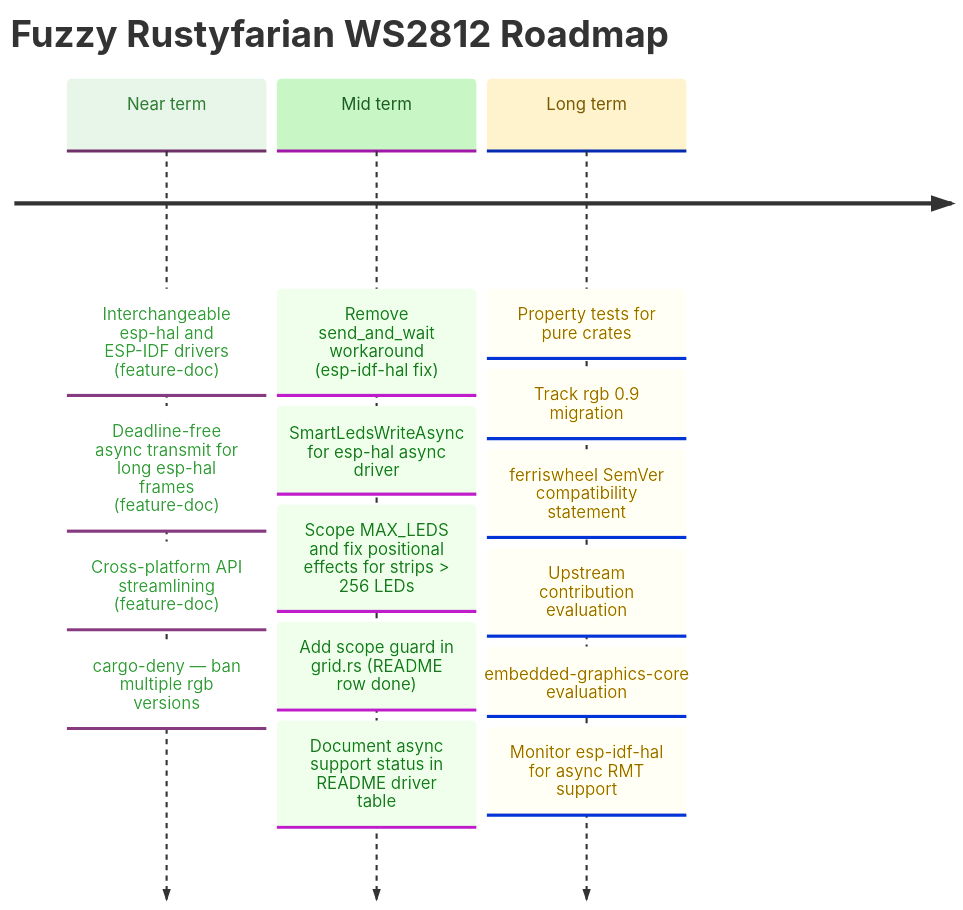
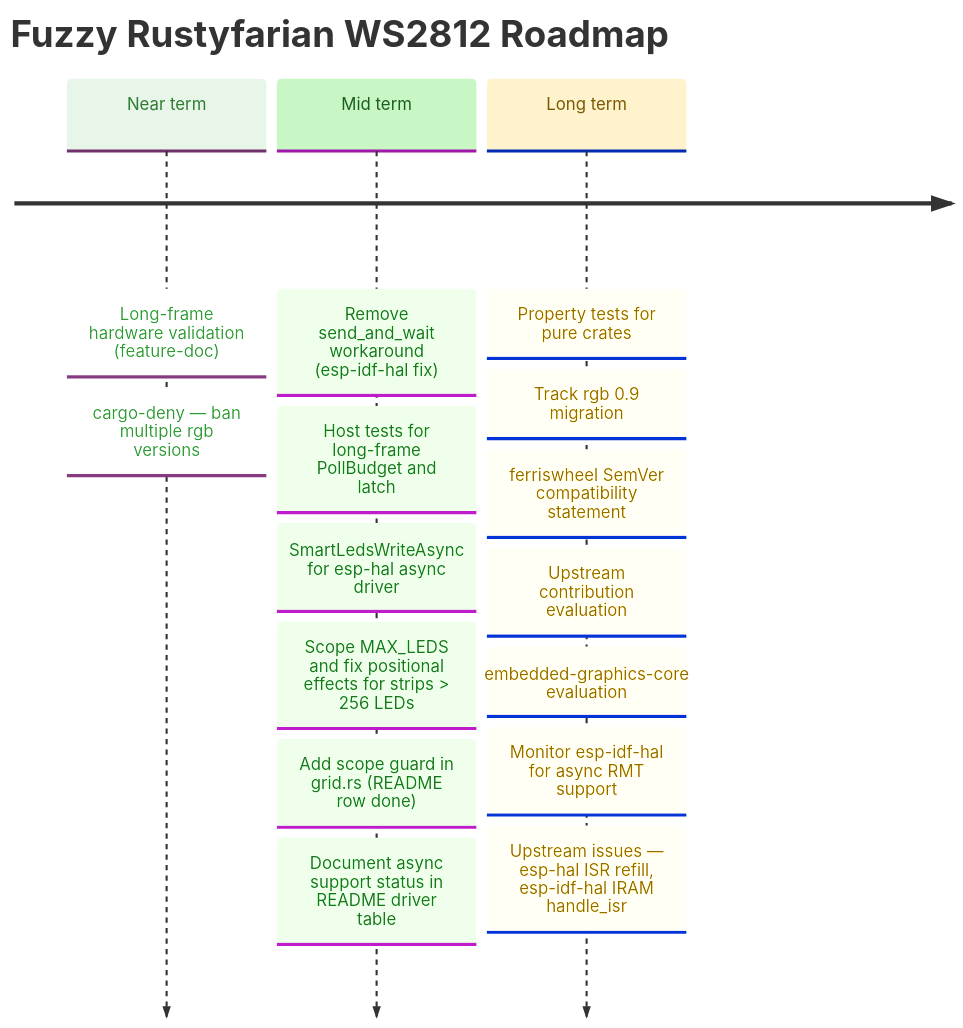
One commit to datenkollektiv/rustyfarian-ws2812 changed the diagram in docs/ROADMAP.md. Above: the diagram before and after it, drawn with Mermaid. The commit also changed other lines of this file and 12 other files, not shown here.

Commit message:
Roadmap Hygiene 20226-11-03

````diff
--- a/docs/ROADMAP.md
+++ b/docs/ROADMAP.md
@@ -31,36 +31,36 @@
 ```mermaid
 %%{init: {
   "theme": "base",
   "themeVariables": {
     "cScale0": "#e8f5e9",
     "cScaleLabel0": "#2e7d32",
     "cScale1": "#c8f7c5",
     "cScaleLabel1": "#1b5e20",
     "cScale2": "#fff3cd",
     "cScaleLabel2": "#7a5a00",
     "cScale3": "#e3f2fd",
     "cScaleLabel3": "#0d47a1"
   }
 }}%%
 
 timeline
     title Fuzzy Rustyfarian WS2812 Roadmap
 
-    Near term : Interchangeable esp-hal and ESP-IDF drivers (feature-doc)
-              : Deadline-free async transmit for long esp-hal frames (feature-doc)
-              : Cross-platform API streamlining (feature-doc)
+    Near term : Long-frame hardware validation (feature-doc)
               : cargo-deny — ban multiple rgb versions
 
     Mid term  : Remove send_and_wait workaround (esp-idf-hal fix)
+              : Host tests for long-frame PollBudget and latch
               : SmartLedsWriteAsync for esp-hal async driver
               : Scope MAX_LEDS and fix positional effects for strips > 256 LEDs
               : Add scope guard in grid.rs (README row done)
               : Document async support status in README driver table
 
     Long term : Property tests for pure crates
               : Track rgb 0.9 migration
               : ferriswheel SemVer compatibility statement
               : Upstream contribution evaluation
               : embedded-graphics-core evaluation
               : Monitor esp-idf-hal for async RMT support
+              : Upstream issues — esp-hal ISR refill, esp-idf-hal IRAM handle_isr
 ```
````
